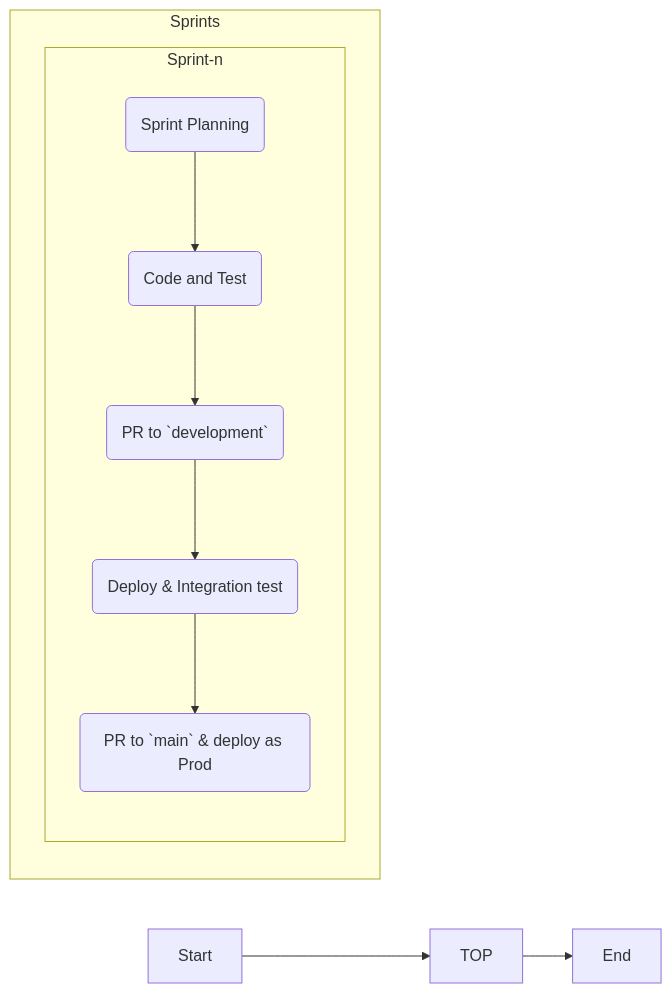
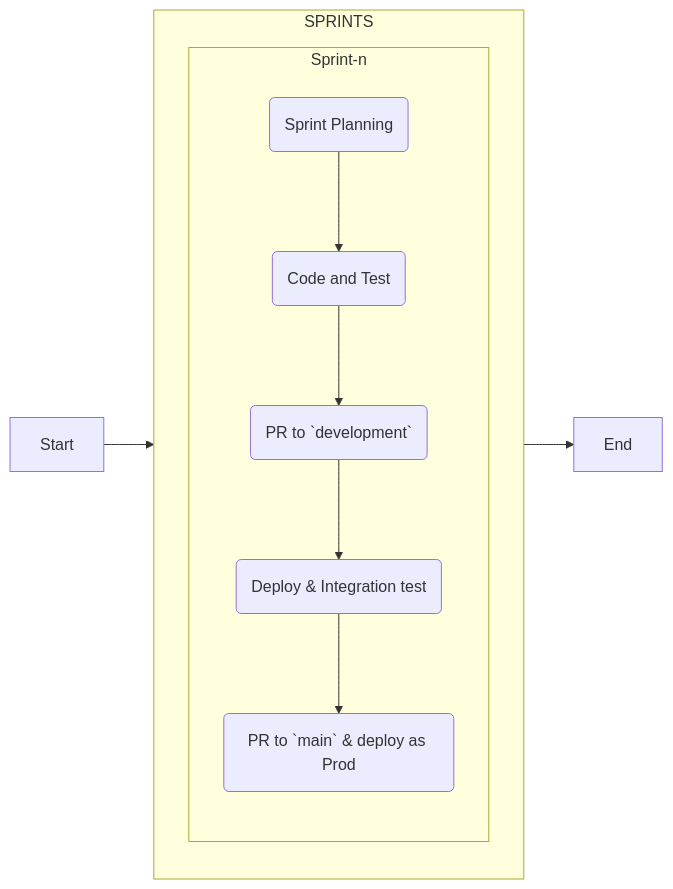
The diagram in docs/resources/techresources/appdeployment.md (chingu-voyages/Handbook), drawn with Mermaid before and after one commit.

Commit message:
Feature: Add deployement workflow diagram

````diff
--- a/docs/resources/techresources/appdeployment.md
+++ b/docs/resources/techresources/appdeployment.md
@@ -87,13 +87,13 @@
 ```mermaid
   flowchart LR
-    subgraph Sprints
+    subgraph SPRINTS
       subgraph Sprint-n
         direction TB
-          a(Sprint Planning) --> b(Code and Test)
-          b --> c(PR to `development`)
-          c --> d(Deploy & Integration test)
-          d --> e(PR to `main` & deploy as Prod)
+          a("Sprint Planning") --> b("Code and Test")
+          b --> c("PR to `development`")
+          c --> d("Deploy & Integration test")
+          d --> e("PR to `main` & deploy as Prod")
       end
     end
-  Start --> TOP --> End
+  Start --> SPRINTS --> End
 ```
````
